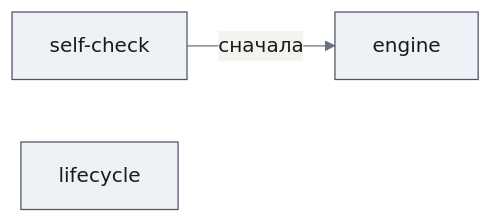
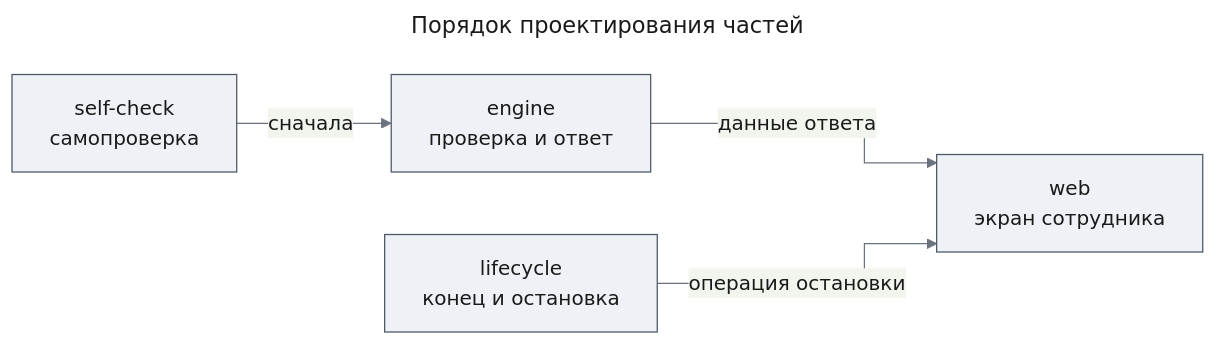
The tenth of 10 diagrams in docs/features/agent-quality/prd.md (tundraray/agent-os), drawn with Mermaid before and after one commit. The commit also changed other lines of this file, not shown here.

Commit message:
docs: add web part and record approvals in agent quality PRD

````diff
--- a/docs/features/agent-quality/prd.md
+++ b/docs/features/agent-quality/prd.md
@@ -733,19 +744,23 @@
 ```mermaid
 ---
+title: "Порядок проектирования частей"
 config:
   theme: base
   look: classic
   themeVariables:
     primaryColor: "#eef1f5"
     primaryBorderColor: "#4b5563"
     primaryTextColor: "#1a1a1a"
     lineColor: "#6b7280"
   flowchart:
     curve: step
 ---
 flowchart LR
-    sc["self-check"]
-    eng["engine"]
-    lc["lifecycle"]
+    sc["self-check<br/>самопроверка"]
+    eng["engine<br/>проверка и ответ"]
+    lc["lifecycle<br/>конец и остановка"]
+    web["web<br/>экран сотрудника"]
     sc -->|"сначала"| eng
+    eng -->|"данные ответа"| web
+    lc -->|"операция остановки"| web
 ```
````
